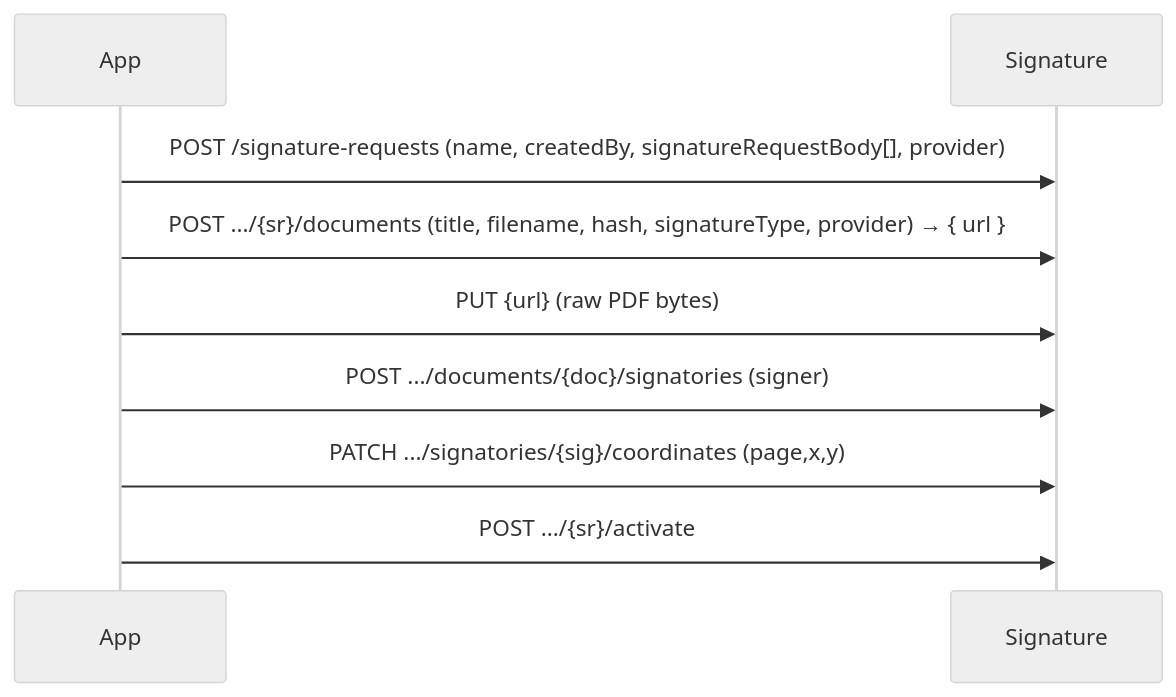
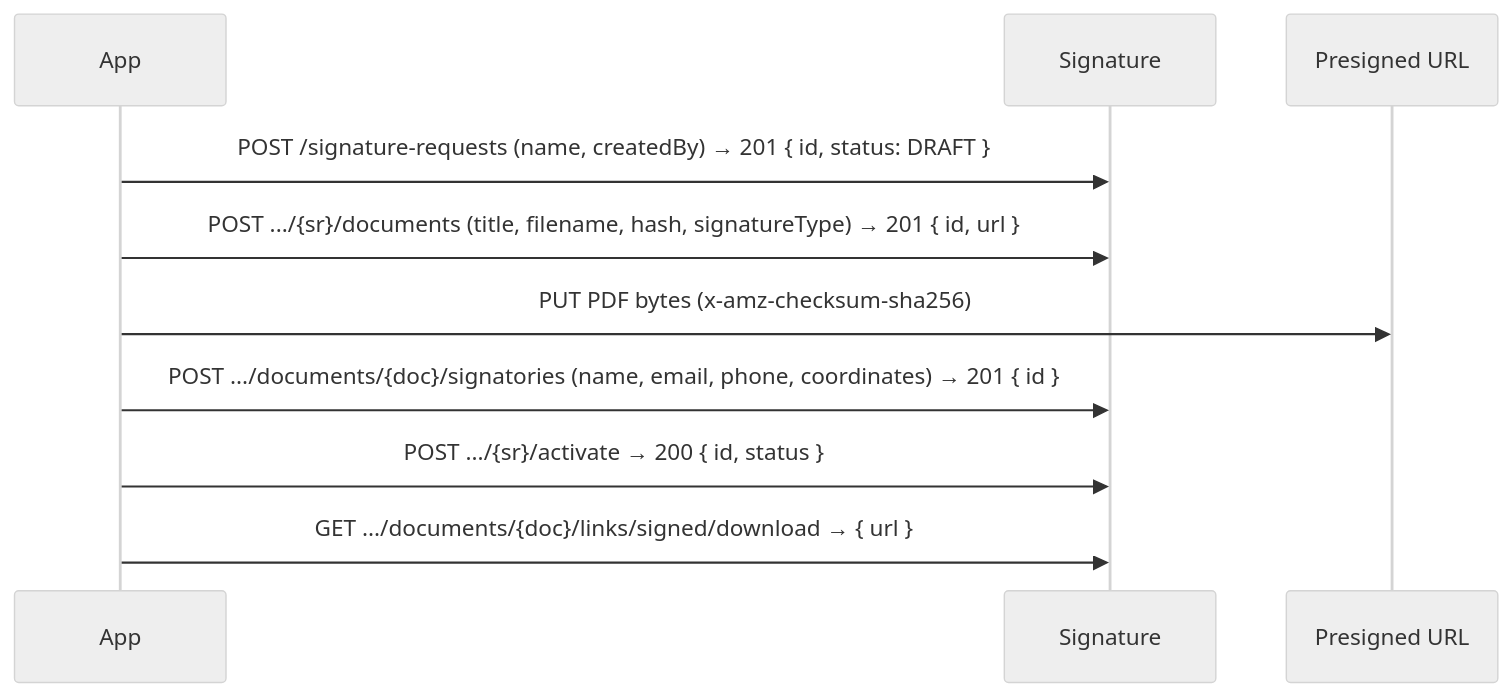
The second of 2 diagrams in .claude/skills/ead-factory-api/SKILL.md (g-digital-by-Garrigues/EAD-Factory-MCP), drawn with Mermaid (neutral theme) before and after one commit. The commit also changed other lines of this file and 86 other files, not shown here.

````diff
--- a/.claude/skills/ead-factory-api/SKILL.md
+++ b/.claude/skills/ead-factory-api/SKILL.md
@@ -120,11 +152,12 @@
 ```mermaid
 sequenceDiagram
     participant App
-    participant API as Signature
-    App->>API: POST /signature-requests (name, createdBy, signatureRequestBody[], provider)
-    App->>API: POST .../{sr}/documents (title, filename, hash, signatureType, provider) → { url }
-    App->>API: PUT {url} (raw PDF bytes)
-    App->>API: POST .../documents/{doc}/signatories (signer)
-    App->>API: PATCH .../signatories/{sig}/coordinates (page,x,y)
-    App->>API: POST .../{sr}/activate
+    participant SM as Signature
+    participant S3 as Presigned URL
+    App->>SM: POST /signature-requests (name, createdBy) → 201 { id, status: DRAFT }
+    App->>SM: POST .../{sr}/documents (title, filename, hash, signatureType) → 201 { id, url }
+    App->>S3: PUT PDF bytes (x-amz-checksum-sha256)
+    App->>SM: POST .../documents/{doc}/signatories (name, email, phone, coordinates) → 201 { id }
+    App->>SM: POST .../{sr}/activate → 200 { id, status }
+    App->>SM: GET .../documents/{doc}/links/signed/download → { url }
 ```
````
